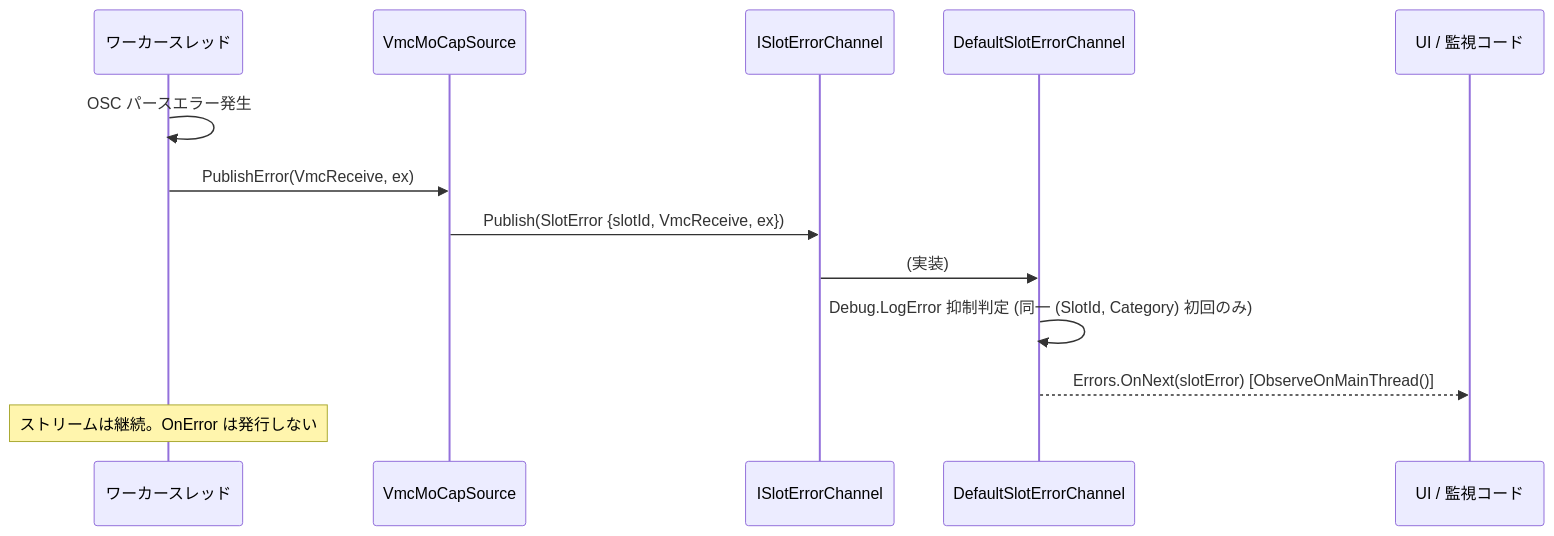
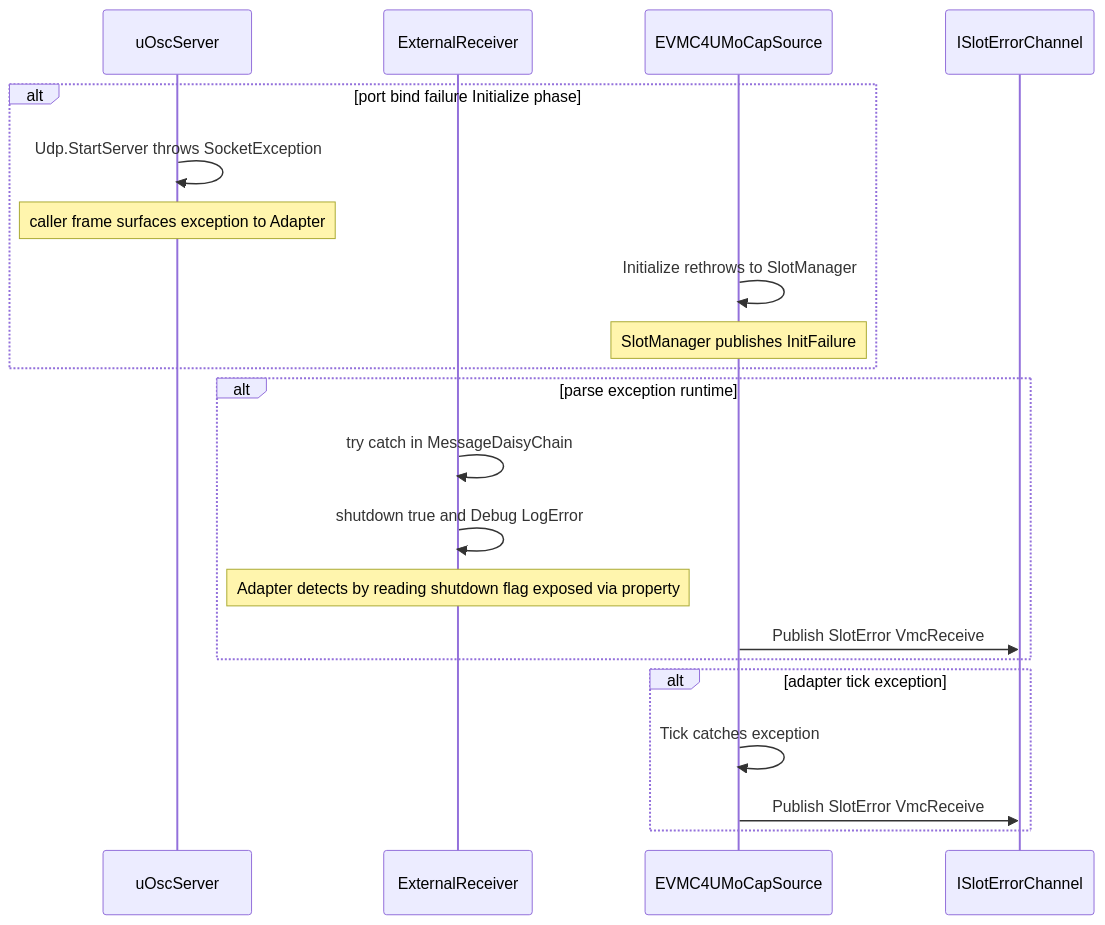
One commit to UNVGI/RealtimeAvatarController changed the fourth of 5 diagrams in .kiro/specs/mocap-vmc/design.md. Above: the diagram before and after it, drawn with Mermaid. The commit also changed other lines of this file and 2 other files, not shown here.

````diff
--- a/.kiro/specs/mocap-vmc/design.md
+++ b/.kiro/specs/mocap-vmc/design.md
@@ -758,16 +393,26 @@
 ```mermaid
 sequenceDiagram
-    participant W as ワーカースレッド
-    participant V as VmcMoCapSource
-    participant E as ISlotErrorChannel
-    participant C as DefaultSlotErrorChannel
-    participant U as UI / 監視コード
+  participant U as uOscServer
+  participant E as ExternalReceiver
+  participant A as EVMC4UMoCapSource
+  participant EC as ISlotErrorChannel
 
-    W->>W: OSC パースエラー発生
-    W->>V: PublishError(VmcReceive, ex)
-    V->>E: Publish(SlotError {slotId, VmcReceive, ex})
-    E->>C: (実装)
-    C->>C: Debug.LogError 抑制判定 (同一 (SlotId, Category) 初回のみ)
-    C-->>U: Errors.OnNext(slotError) [ObserveOnMainThread()]
-    Note over W: ストリームは継続。OnError は発行しない
+  alt port bind failure Initialize phase
+    U->>U: Udp.StartServer throws SocketException
+    Note over U: caller frame surfaces exception to Adapter
+    A->>A: Initialize rethrows to SlotManager
+    Note over A: SlotManager publishes InitFailure
+  end
+
+  alt parse exception runtime
+    E->>E: try catch in MessageDaisyChain
+    E->>E: shutdown true and Debug LogError
+    Note over E: Adapter detects by reading shutdown flag exposed via property
+    A->>EC: Publish SlotError VmcReceive
+  end
+
+  alt adapter tick exception
+    A->>A: Tick catches exception
+    A->>EC: Publish SlotError VmcReceive
+  end
 ```
````
